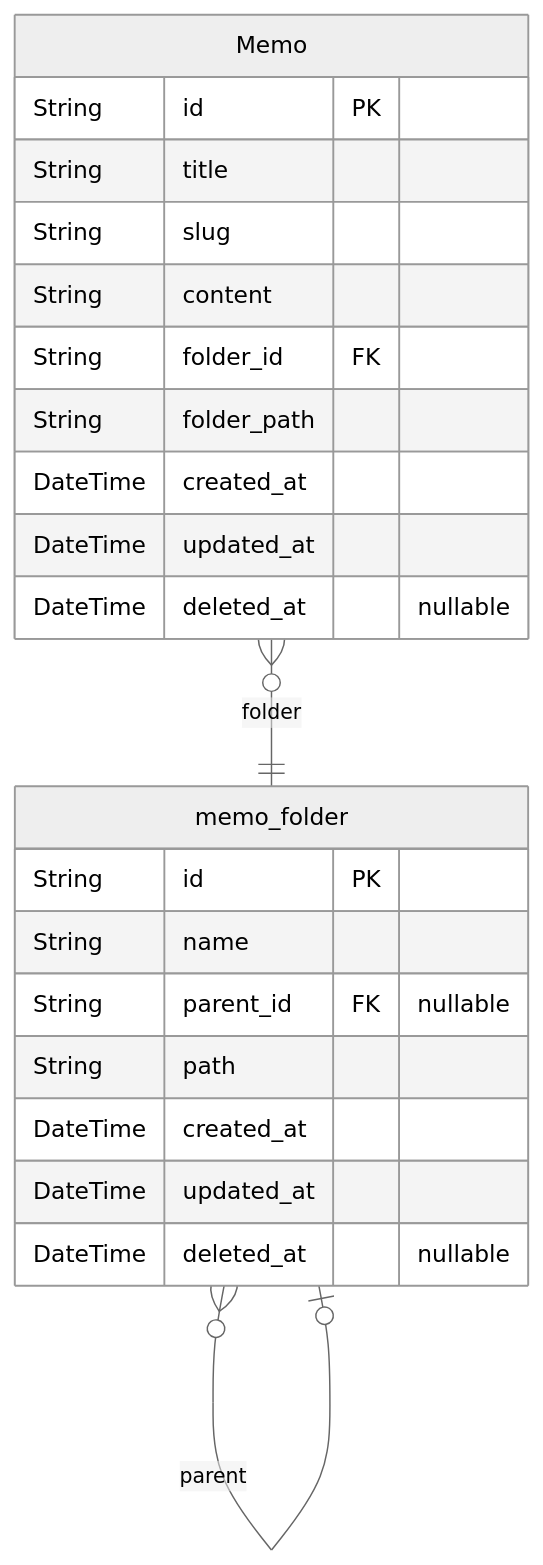
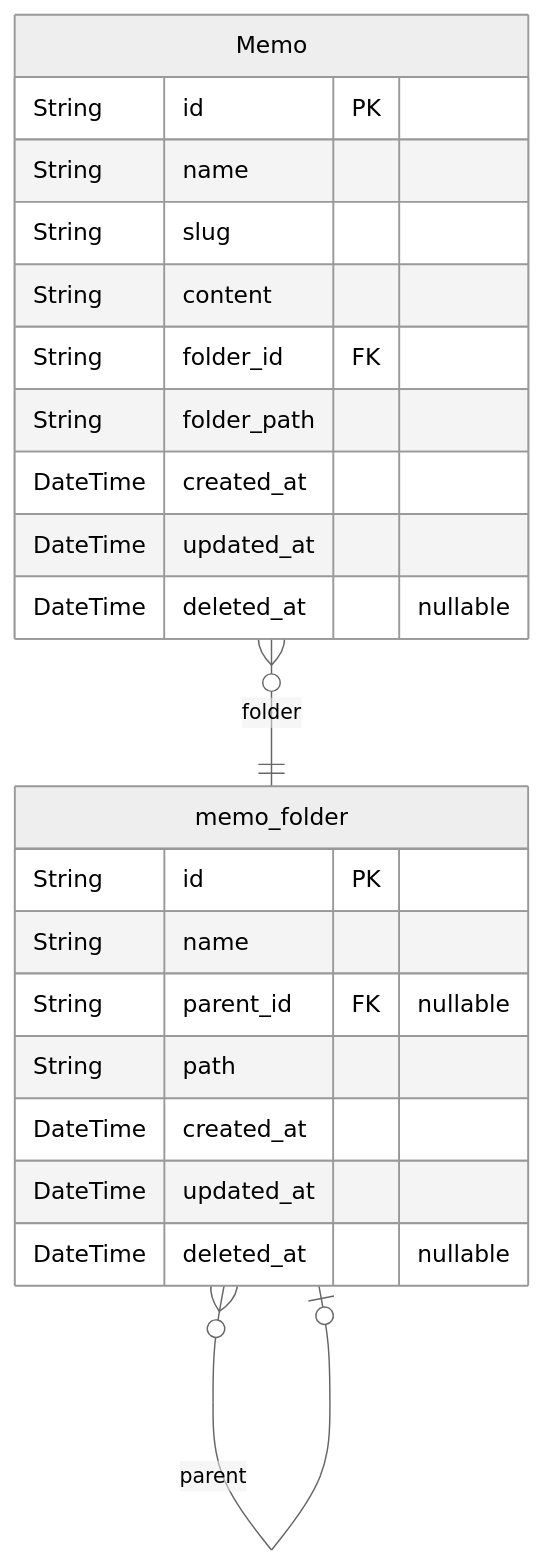
One commit to imkdw/imkdw-dev-server changed the first of 2 diagrams in prisma/schema/ERD.md. Above: the diagram before and after it, drawn with Mermaid (neutral theme). The commit also changed other lines of this file and 31 other files, not shown here.

````diff
--- a/prisma/schema/ERD.md
+++ b/prisma/schema/ERD.md
@@ -9,25 +9,25 @@
 ```mermaid
 erDiagram
 "Memo" {
   String id PK
-  String title
+  String name
   String slug
   String content
   String folder_id FK
   String folder_path
   DateTime created_at
   DateTime updated_at
   DateTime deleted_at "nullable"
 }
 "memo_folder" {
   String id PK
   String name
   String parent_id FK "nullable"
   String path
   DateTime created_at
   DateTime updated_at
   DateTime deleted_at "nullable"
 }
 "Memo" }o--|| "memo_folder" : folder
 "memo_folder" }o--o| "memo_folder" : parent
 ```
````
